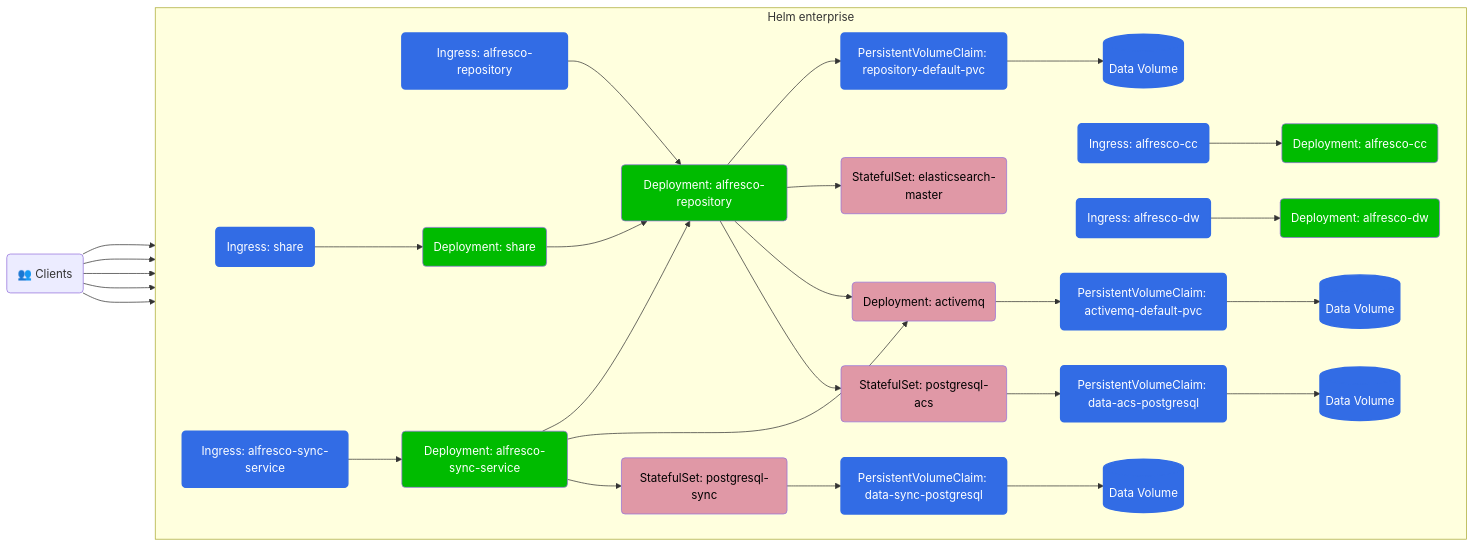
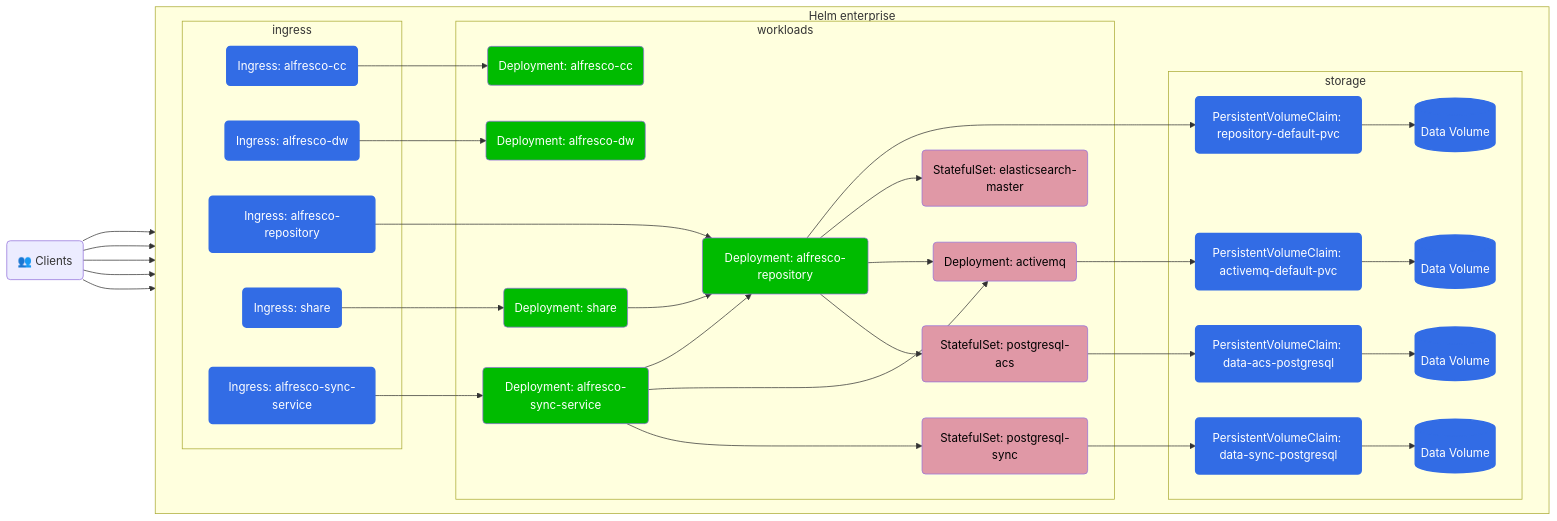
The first of 4 diagrams in docs/helm/README.md (Alfresco/acs-deployment), drawn with Mermaid before and after one commit. The commit also changed other lines of this file, not shown here.

Commit message:
group ingress, workloads &  storage

````diff
--- a/docs/helm/README.md
+++ b/docs/helm/README.md
@@ -22,57 +22,62 @@
 ```mermaid
 graph LR
 
 classDef alf fill:#0b0,color:#fff
 classDef k8s fill:#326ce5,stroke:#326ce5,stroke-width:2px,color:#fff
 classDef thrdP fill:#e098a6,color:#000
 
 Client("👥 Clients")
 
 subgraph Helm enterprise
   direction LR
-  PersistentVolumeClaim_activemq-default-pvc(PersistentVolumeClaim: activemq-default-pvc):::k8s
-  PersistentVolumeClaim_data-acs-postgresql(PersistentVolumeClaim: data-acs-postgresql):::k8s
-  PersistentVolumeClaim_data-sync-postgresql(PersistentVolumeClaim: data-sync-postgresql):::k8s
-  PersistentVolumeClaim_repository-default-pvc(PersistentVolumeClaim: repository-default-pvc):::k8s
-  pv1[(Data Volume)]:::k8s
-  pv2[(Data Volume)]:::k8s
-  pv3[(Data Volume)]:::k8s
-  pv4[(Data Volume)]:::k8s
+  subgraph storage
+    PersistentVolumeClaim_activemq-default-pvc(PersistentVolumeClaim: activemq-default-pvc):::k8s
+    PersistentVolumeClaim_data-acs-postgresql(PersistentVolumeClaim: data-acs-postgresql):::k8s
+    PersistentVolumeClaim_data-sync-postgresql(PersistentVolumeClaim: data-sync-postgresql):::k8s
+    PersistentVolumeClaim_repository-default-pvc(PersistentVolumeClaim: repository-default-pvc):::k8s
+    pv1[(Data Volume)]:::k8s
+    pv2[(Data Volume)]:::k8s
+    pv3[(Data Volume)]:::k8s
+    pv4[(Data Volume)]:::k8s
+  end
+  subgraph workloads
+    Deployment_activemq(Deployment: activemq):::thrdP
+    Deployment_alfresco-cc(Deployment: alfresco-cc):::alf
+    Deployment_alfresco-dw(Deployment: alfresco-dw):::alf
+    Deployment_alfresco-repository(Deployment: alfresco-repository):::alf
+    Deployment_alfresco-sync-service(Deployment: alfresco-sync-service):::alf
+    Deployment_share(Deployment: share):::alf
 
-  Deployment_activemq(Deployment: activemq):::thrdP
-  Deployment_alfresco-cc(Deployment: alfresco-cc):::alf
-  Deployment_alfresco-dw(Deployment: alfresco-dw):::alf
-  Deployment_alfresco-repository(Deployment: alfresco-repository):::alf
-  Deployment_alfresco-sync-service(Deployment: alfresco-sync-service):::alf
-  Deployment_share(Deployment: share):::alf
+    StatefulSet_elasticsearch-master(StatefulSet: elasticsearch-master):::thrdP
+    StatefulSet_postgresql-sync(StatefulSet: postgresql-sync):::thrdP
+    StatefulSet_postgresql-acs(StatefulSet: postgresql-acs):::thrdP
+  end
 
-  StatefulSet_elasticsearch-master(StatefulSet: elasticsearch-master):::thrdP
-  StatefulSet_postgresql-sync(StatefulSet: postgresql-sync):::thrdP
-  StatefulSet_postgresql-acs(StatefulSet: postgresql-acs):::thrdP
-
-  Ingress_alfresco-cc(Ingress: alfresco-cc):::k8s
-  Ingress_alfresco-dw(Ingress: alfresco-dw):::k8s
-  Ingress_alfresco-repository(Ingress: alfresco-repository):::k8s
-  Ingress_alfresco-sync-service(Ingress: alfresco-sync-service):::k8s
-  Ingress_share(Ingress: share):::k8s
+  subgraph ingress
+    Ingress_alfresco-cc(Ingress: alfresco-cc):::k8s
+    Ingress_alfresco-dw(Ingress: alfresco-dw):::k8s
+    Ingress_alfresco-repository(Ingress: alfresco-repository):::k8s
+    Ingress_alfresco-sync-service(Ingress: alfresco-sync-service):::k8s
+    Ingress_share(Ingress: share):::k8s
+  end
 end
 
 Client ---> Ingress_alfresco-cc --> Deployment_alfresco-cc
 Client ---> Ingress_alfresco-dw --> Deployment_alfresco-dw
 Client --> Ingress_alfresco-repository --> Deployment_alfresco-repository
 Client --> Ingress_share --> Deployment_share
 Client --> Ingress_alfresco-sync-service --> Deployment_alfresco-sync-service
 
 Deployment_share --> Deployment_alfresco-repository
 
 Deployment_alfresco-repository --> StatefulSet_postgresql-acs --> PersistentVolumeClaim_data-acs-postgresql --> pv1
 Deployment_alfresco-repository --> Deployment_activemq
 Deployment_alfresco-repository --> StatefulSet_elasticsearch-master
 
 Deployment_alfresco-sync-service --> StatefulSet_postgresql-sync --> PersistentVolumeClaim_data-sync-postgresql --> pv2
 Deployment_alfresco-sync-service --> Deployment_activemq
 Deployment_alfresco-sync-service --> Deployment_alfresco-repository
 
 Deployment_alfresco-repository --> PersistentVolumeClaim_repository-default-pvc --> pv3
 Deployment_activemq --> PersistentVolumeClaim_activemq-default-pvc --> pv4
 ```
````
